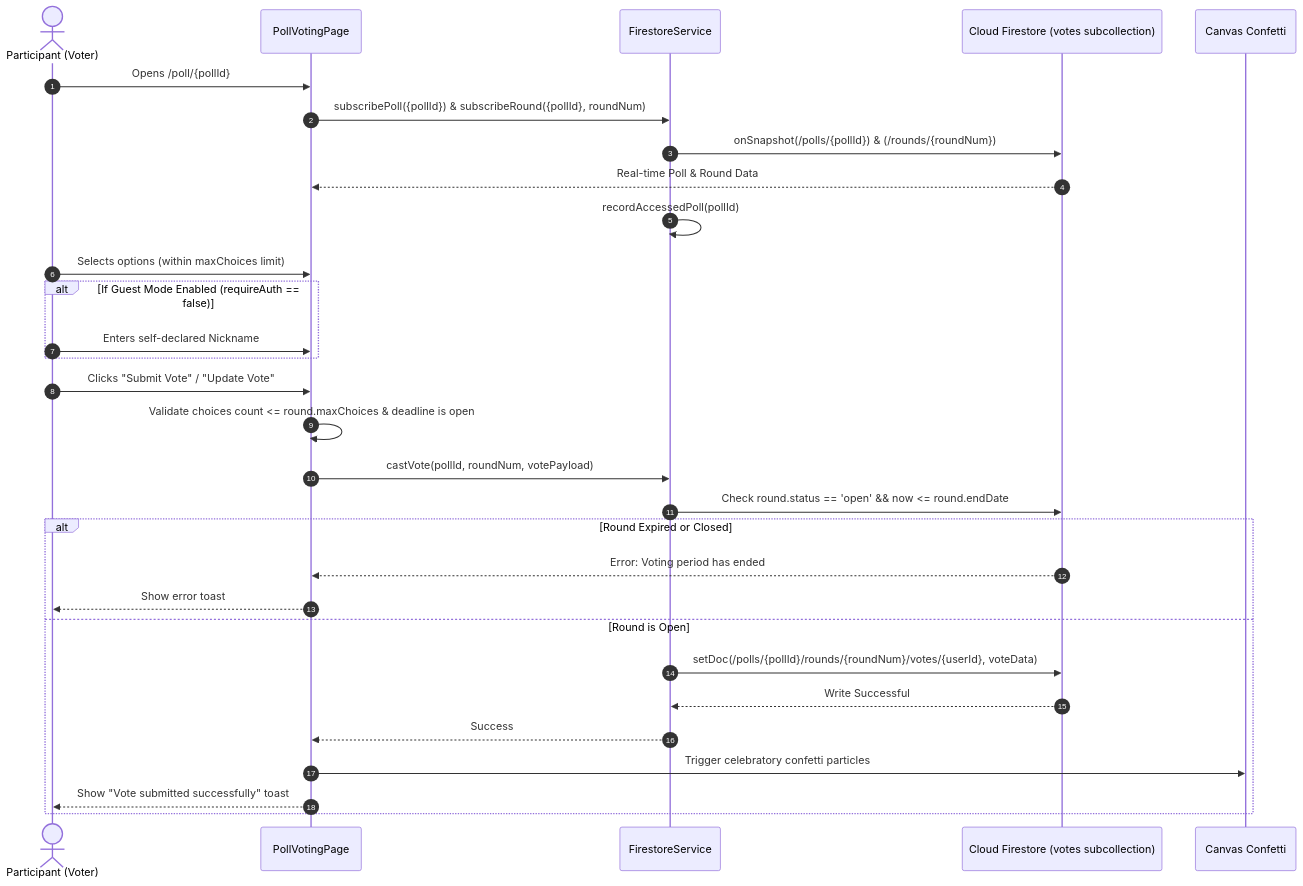
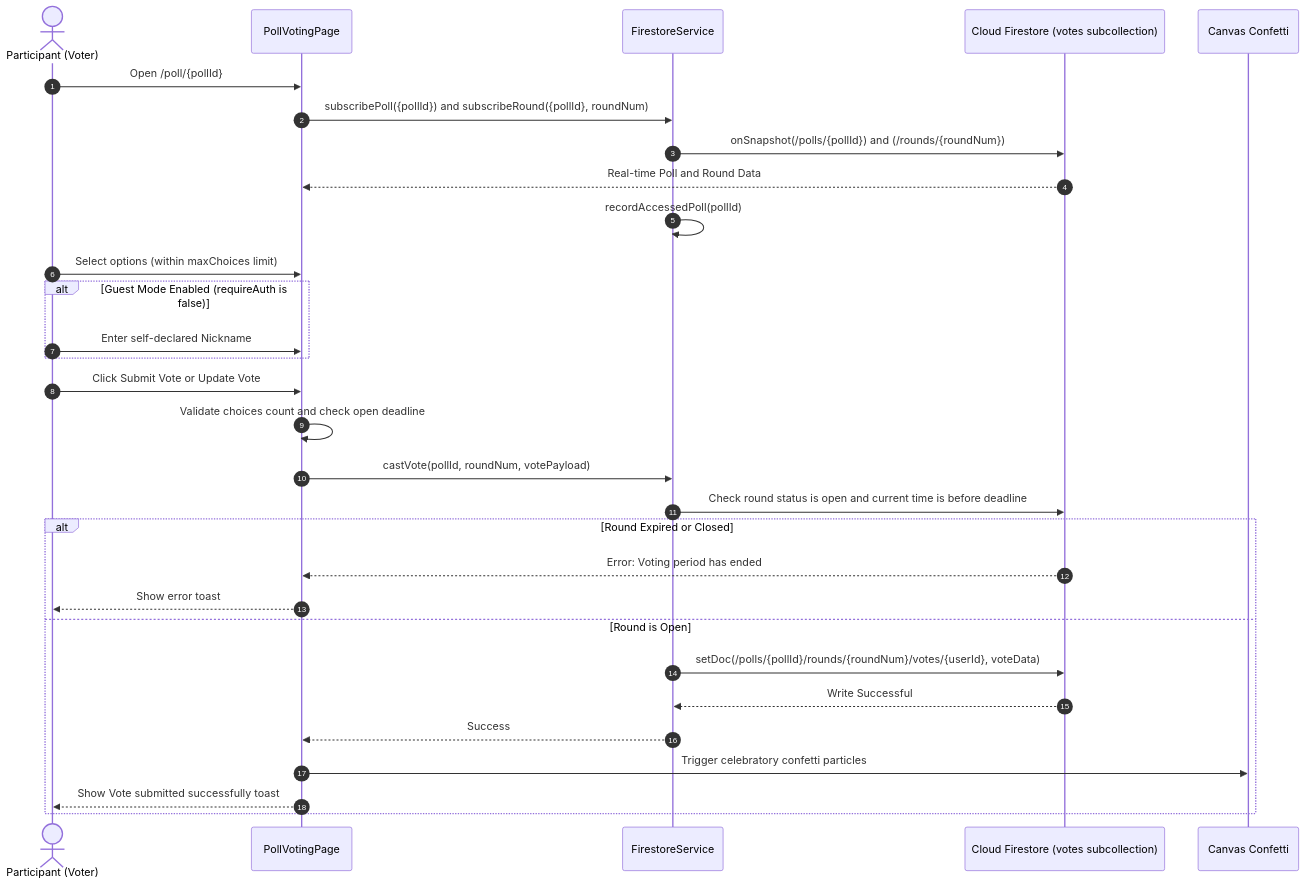
One commit to c1t0d0s0/votica changed the second of 7 diagrams in docs/SEQUENCE_DIAGRAMS.md. Above: the diagram before and after it, drawn with Mermaid. The commit also changed other lines of this file and 1 other file, not shown here.

Commit message:
fixed SEQUENCE_DIAGRAMS

````diff
--- a/docs/SEQUENCE_DIAGRAMS.md
+++ b/docs/SEQUENCE_DIAGRAMS.md
@@ -45,36 +45,36 @@
 ```mermaid
 sequenceDiagram
     autonumber
     actor Voter as Participant (Voter)
     participant UI as PollVotingPage
     participant Service as FirestoreService
     participant DB as Cloud Firestore (votes subcollection)
     participant Confetti as Canvas Confetti
 
-    Voter->>UI: Opens /poll/{pollId}
-    UI->>Service: subscribePoll({pollId}) & subscribeRound({pollId}, roundNum)
-    Service->>DB: onSnapshot(/polls/{pollId}) & (/rounds/{roundNum})
-    DB-->>UI: Real-time Poll & Round Data
+    Voter->>UI: Open /poll/{pollId}
+    UI->>Service: subscribePoll({pollId}) and subscribeRound({pollId}, roundNum)
+    Service->>DB: onSnapshot(/polls/{pollId}) and (/rounds/{roundNum})
+    DB-->>UI: Real-time Poll and Round Data
     Service->>Service: recordAccessedPoll(pollId)
 
-    Voter->>UI: Selects options (within maxChoices limit)
-    alt If Guest Mode Enabled (requireAuth == false)
-        Voter->>UI: Enters self-declared Nickname
+    Voter->>UI: Select options (within maxChoices limit)
+    alt Guest Mode Enabled (requireAuth is false)
+        Voter->>UI: Enter self-declared Nickname
     end
 
-    Voter->>UI: Clicks "Submit Vote" / "Update Vote"
-    UI->>UI: Validate choices count <= round.maxChoices & deadline is open
+    Voter->>UI: Click Submit Vote or Update Vote
+    UI->>UI: Validate choices count and check open deadline
 
     UI->>Service: castVote(pollId, roundNum, votePayload)
-    Service->>DB: Check round.status == 'open' && now <= round.endDate
+    Service->>DB: Check round status is open and current time is before deadline
     alt Round Expired or Closed
         DB-->>UI: Error: Voting period has ended
         UI-->>Voter: Show error toast
     else Round is Open
         Service->>DB: setDoc(/polls/{pollId}/rounds/{roundNum}/votes/{userId}, voteData)
         DB-->>Service: Write Successful
         Service-->>UI: Success
         UI->>Confetti: Trigger celebratory confetti particles
-        UI-->>Voter: Show "Vote submitted successfully" toast
+        UI-->>Voter: Show Vote submitted successfully toast
     end
 ```
````
